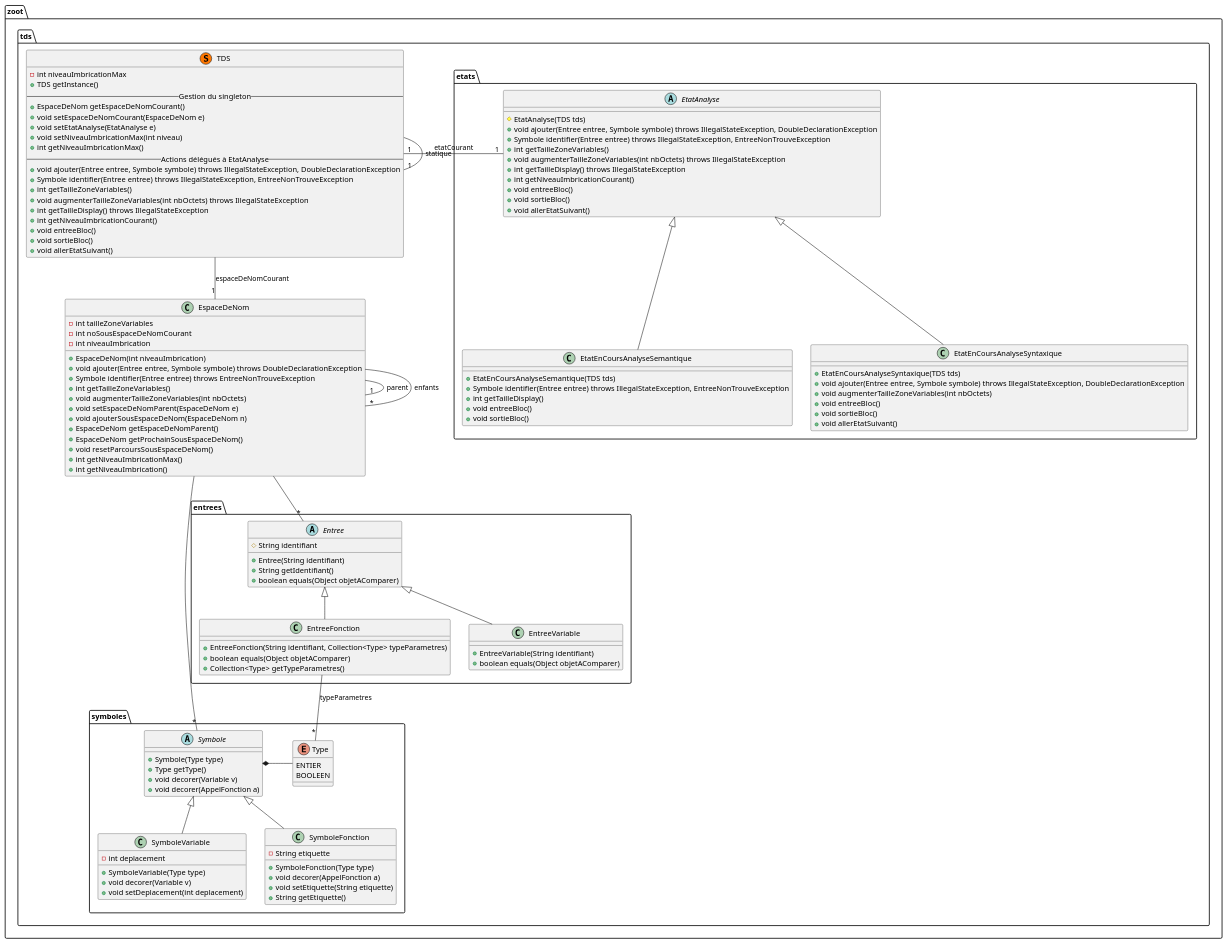
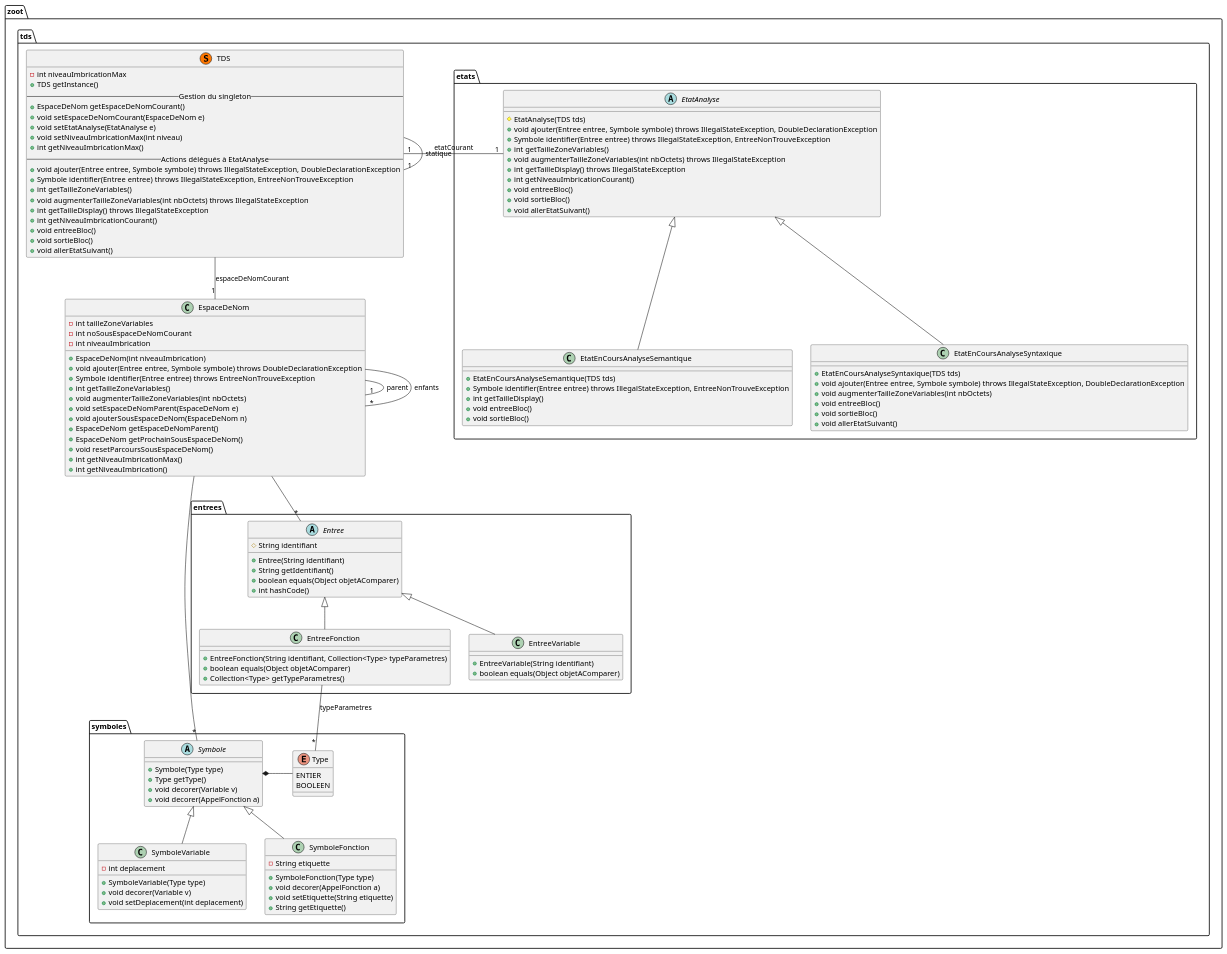
Before and after one commit to lmtb06/zoot: the diagram in diagrammes/classe/tds.puml, drawn with PlantUML.

Commit message:
Modification du package tds du diagramme de classe.
# Détails :
 - Ajout de la fonction hashCode de entree pour la gestion de la recherche dans les hashmap

```diff
--- a/diagrammes/classe/tds.puml
+++ b/diagrammes/classe/tds.puml
@@ -1,146 +1,147 @@
 @startuml "tds"
 
 namespace zoot.tds {
   ' Includes
 
   ' Classes
   class TDS << (S,#FF7700) >> {
     - int niveauImbricationMax
     + TDS getInstance()
     -- Gestion du singleton --
     + EspaceDeNom getEspaceDeNomCourant()
     + void setEspaceDeNomCourant(EspaceDeNom e)
     + void setEtatAnalyse(EtatAnalyse e)
     + void setNiveauImbricationMax(int niveau)
     + int getNiveauImbricationMax()
     -- Actions délégués à EtatAnalyse --
     + void ajouter(Entree entree, Symbole symbole) throws IllegalStateException, DoubleDeclarationException
     + Symbole identifier(Entree entree) throws IllegalStateException, EntreeNonTrouveException
     + int getTailleZoneVariables()
     + void augmenterTailleZoneVariables(int nbOctets) throws IllegalStateException
     + int getTailleDisplay() throws IllegalStateException
     + int getNiveauImbricationCourant()
     + void entreeBloc()
     + void sortieBloc()
     + void allerEtatSuivant()
   }
 
   class EspaceDeNom {
     - int tailleZoneVariables
     - int noSousEspaceDeNomCourant
     - int niveauImbrication
     + EspaceDeNom(int niveauImbrication)
     + void ajouter(Entree entree, Symbole symbole) throws DoubleDeclarationException
     + Symbole identifier(Entree entree) throws EntreeNonTrouveException
     + int getTailleZoneVariables()
     + void augmenterTailleZoneVariables(int nbOctets)
     + void setEspaceDeNomParent(EspaceDeNom e)
     + void ajouterSousEspaceDeNom(EspaceDeNom n)
     + EspaceDeNom getEspaceDeNomParent()
     + EspaceDeNom getProchainSousEspaceDeNom()
     + void resetParcoursSousEspaceDeNom()
     + int getNiveauImbricationMax()
     + int getNiveauImbrication()
   }
 
   namespace etats {
     abstract EtatAnalyse {
       # EtatAnalyse(TDS tds)
       + void ajouter(Entree entree, Symbole symbole) throws IllegalStateException, DoubleDeclarationException
       + Symbole identifier(Entree entree) throws IllegalStateException, EntreeNonTrouveException
       + int getTailleZoneVariables()
       + void augmenterTailleZoneVariables(int nbOctets) throws IllegalStateException
       + int getTailleDisplay() throws IllegalStateException
       + int getNiveauImbricationCourant()
       + void entreeBloc()
       + void sortieBloc()
       + void allerEtatSuivant()
     }
 
     class EtatEnCoursAnalyseSyntaxique {
       + EtatEnCoursAnalyseSyntaxique(TDS tds)
       + void ajouter(Entree entree, Symbole symbole) throws IllegalStateException, DoubleDeclarationException
       + void augmenterTailleZoneVariables(int nbOctets)
       + void entreeBloc()
       + void sortieBloc()
       + void allerEtatSuivant()
     }
 
     class EtatEnCoursAnalyseSemantique {
       + EtatEnCoursAnalyseSemantique(TDS tds)
       + Symbole identifier(Entree entree) throws IllegalStateException, EntreeNonTrouveException
       + int getTailleDisplay()
       + void entreeBloc()
       + void sortieBloc()
     }
   }
 
 
   namespace entrees {
     abstract class Entree {
       # String identifiant
       + Entree(String identifiant)
       + String getIdentifiant()
       + boolean equals(Object objetAComparer)
+      + int hashCode()
     }
 
     class EntreeVariable {
       + EntreeVariable(String identifiant)
       + boolean equals(Object objetAComparer)
     }
 
     class EntreeFonction {
       + EntreeFonction(String identifiant, Collection<Type> typeParametres)
       + boolean equals(Object objetAComparer)
       + Collection<Type> getTypeParametres()
     }
   }
 
   namespace symboles {
     abstract class Symbole {
       + Symbole(Type type)
       + Type getType()
       + void decorer(Variable v)
       + void decorer(AppelFonction a)
     }
 
     class SymboleVariable {
       - int deplacement
       + SymboleVariable(Type type)
       + void decorer(Variable v)
       + void setDeplacement(int deplacement)
     }
 
     class SymboleFonction {
       - String etiquette
       + SymboleFonction(Type type)
       + void decorer(AppelFonction a)
       + void setEtiquette(String etiquette)
       + String getEtiquette()
     }
 
     enum Type {
       ENTIER
       BOOLEEN
     }
   }
 
   ' Relations entre les classes
   TDS --"1" TDS : statique
   TDS --"1" EspaceDeNom : espaceDeNomCourant
   TDS "1"-left-"1" EtatAnalyse : etatCourant
   EspaceDeNom --"*" Entree
   EspaceDeNom --"*" Symbole
   Symbole *-left- Type
   SymboleVariable -up-|> Symbole
   EntreeVariable -up-|> Entree
   SymboleFonction -up-|> Symbole
   EntreeFonction -up-|> Entree
   EntreeFonction --"*" Type : typeParametres
   EtatEnCoursAnalyseSemantique -up-|> EtatAnalyse
   EtatEnCoursAnalyseSyntaxique -up-|> EtatAnalyse
   EspaceDeNom --"1" EspaceDeNom : parent
   EspaceDeNom --"*" EspaceDeNom : enfants
 }
 
 @enduml
```
